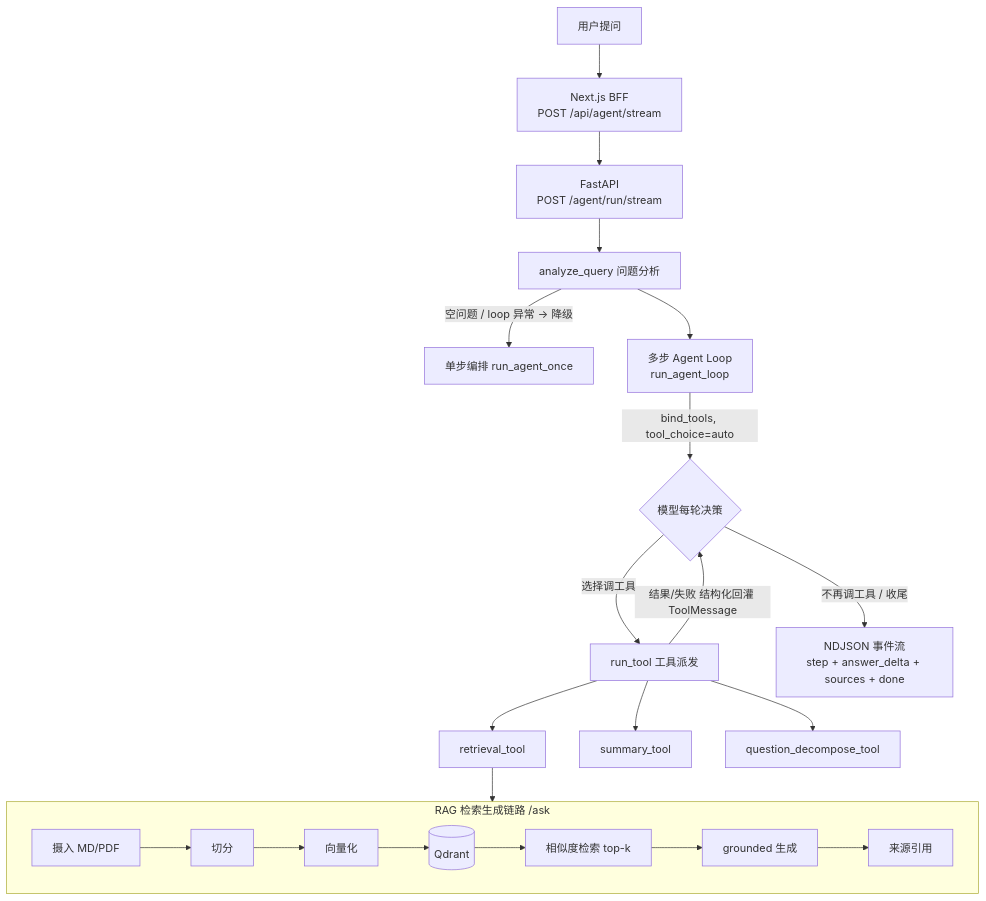
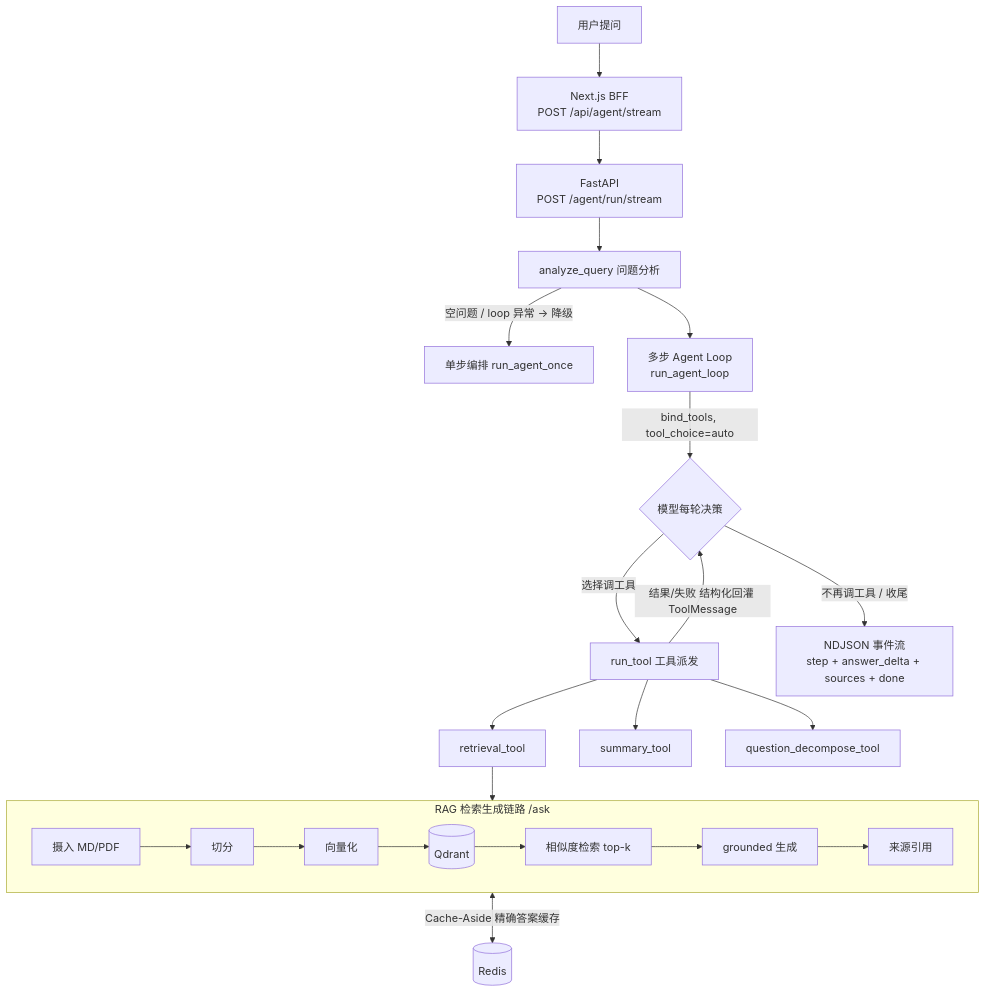
The diagram in README.md (XMDiven/rag-agent-platform), drawn with Mermaid before and after one commit. The commit also changed other lines of this file and 1 other file, not shown here.

````diff
--- a/README.md
+++ b/README.md
@@ -21,24 +29,26 @@
 ```mermaid
 flowchart TD
     U[用户提问] --> BFF[Next.js BFF<br/>POST /api/agent/stream]
     BFF --> EP[FastAPI<br/>POST /agent/run/stream]
     EP --> AQ[analyze_query 问题分析]
     AQ -->|空问题 / loop 异常 → 降级| ONCE[单步编排 run_agent_once]
     AQ --> LOOP[多步 Agent Loop<br/>run_agent_loop]
 
     LOOP -->|bind_tools, tool_choice=auto| DEC{模型每轮决策}
     DEC -->|选择调工具| DISP[run_tool 工具派发]
     DISP --> RTOOL[retrieval_tool]
     DISP --> STOOL[summary_tool]
     DISP --> QTOOL[question_decompose_tool]
     DISP -->|结果/失败 结构化回灌 ToolMessage| DEC
     DEC -->|不再调工具 / 收尾| OUT[NDJSON 事件流<br/>step + answer_delta + sources + done]
 
     RTOOL --> RAG
 
+    RAG <-->|Cache-Aside 精确答案缓存| CACHE[(Redis)]
+
     subgraph RAG [RAG 检索生成链路 /ask]
         direction LR
         ING[摄入 MD/PDF] --> CHK[切分] --> EMB[向量化] --> VDB[(Qdrant)]
         VDB --> RET[相似度检索 top-k] --> GEN[grounded 生成] --> CITE[来源引用]
     end
 ```
````
